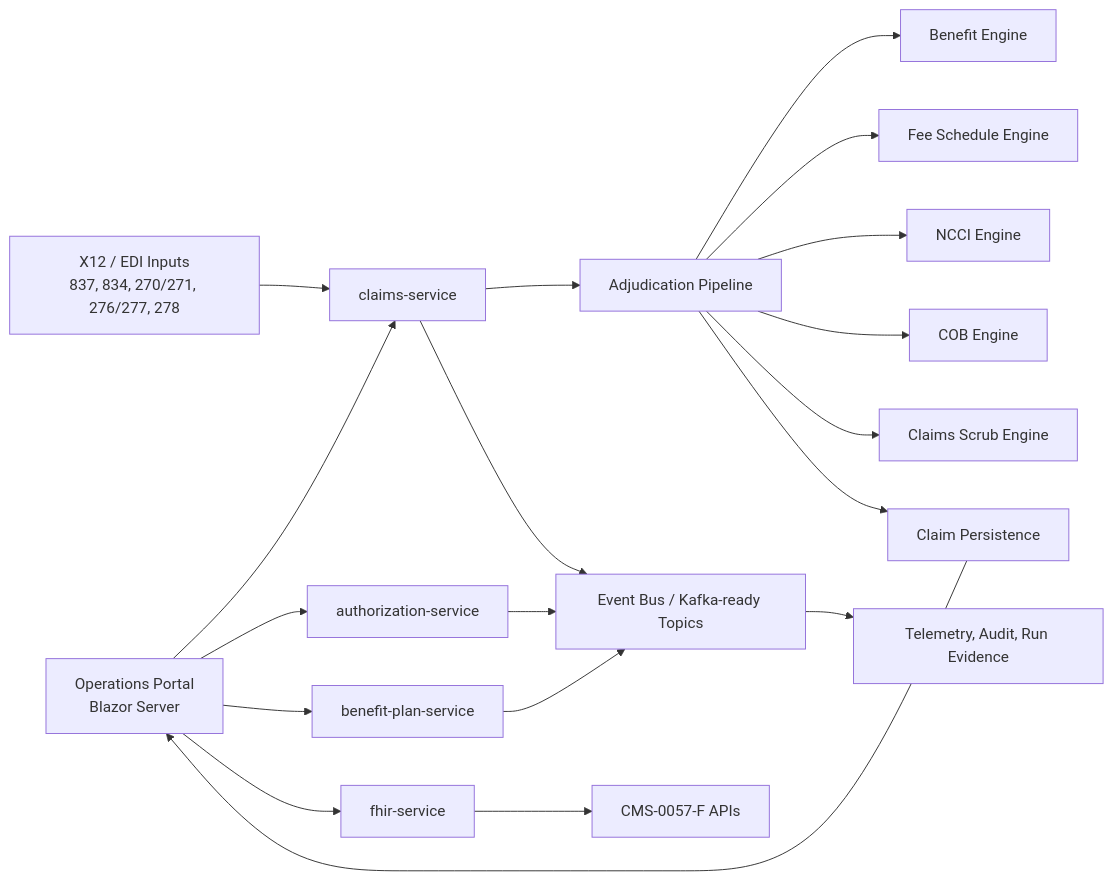
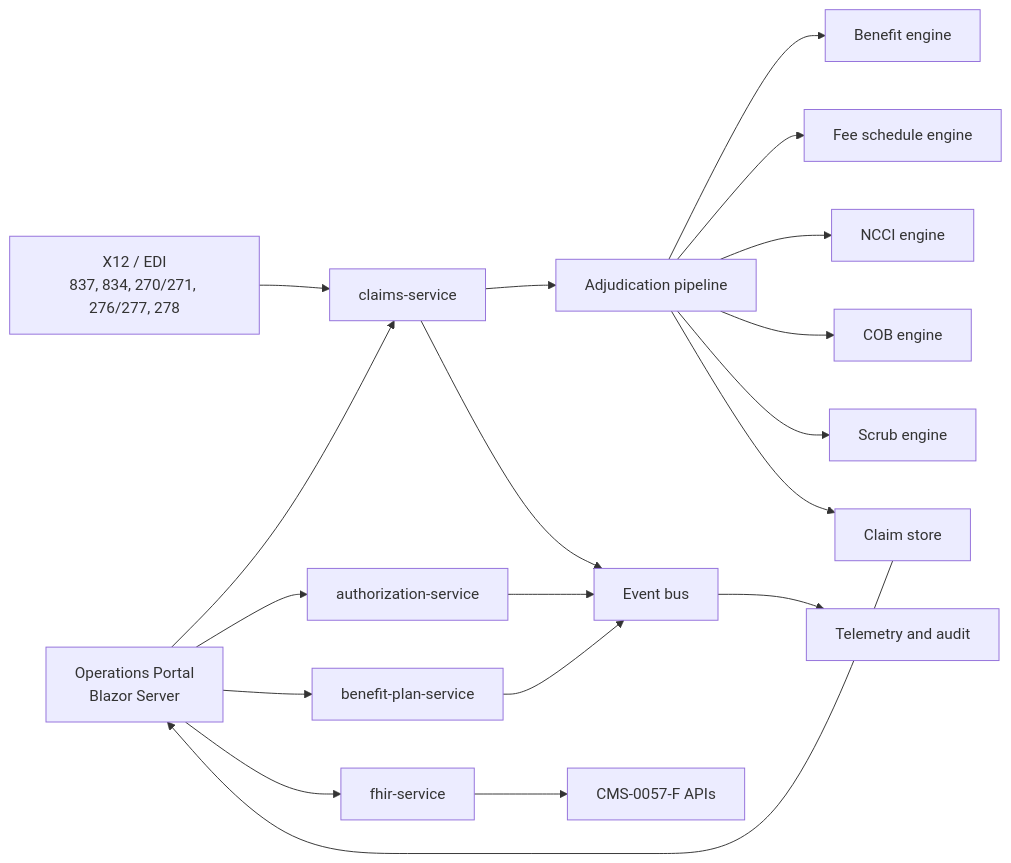
Before and after one commit to Dataryx/Healthcare-Interoperability-Transformation: the diagram in README.md, drawn with Mermaid. The commit also changed other lines of this file and 268 other files, not shown here.

````diff
--- a/README.md
+++ b/README.md
@@ -71,24 +51,24 @@
 ```mermaid
 flowchart LR
     Portal["Operations Portal\nBlazor Server"] --> Claims["claims-service"]
     Portal --> Authz["authorization-service"]
     Portal --> Benefits["benefit-plan-service"]
     Portal --> Fhir["fhir-service"]
 
-    X12["X12 / EDI Inputs\n837, 834, 270/271, 276/277, 278"] --> Claims
-    Claims --> Pipeline["Adjudication Pipeline"]
-    Pipeline --> BenefitEngine["Benefit Engine"]
-    Pipeline --> FeeEngine["Fee Schedule Engine"]
-    Pipeline --> Ncci["NCCI Engine"]
-    Pipeline --> Cob["COB Engine"]
-    Pipeline --> Scrub["Claims Scrub Engine"]
-    Pipeline --> Persistence["Claim Persistence"]
+    X12["X12 / EDI\n837, 834, 270/271, 276/277, 278"] --> Claims
+    Claims --> Pipeline["Adjudication pipeline"]
+    Pipeline --> BenefitEngine["Benefit engine"]
+    Pipeline --> FeeEngine["Fee schedule engine"]
+    Pipeline --> Ncci["NCCI engine"]
+    Pipeline --> Cob["COB engine"]
+    Pipeline --> Scrub["Scrub engine"]
+    Pipeline --> Persistence["Claim store"]
 
-    Claims --> Events["Event Bus / Kafka-ready Topics"]
+    Claims --> Events["Event bus"]
     Authz --> Events
     Benefits --> Events
-    Events --> Observability["Telemetry, Audit, Run Evidence"]
+    Events --> Observability["Telemetry and audit"]
 
     Fhir --> Cms["CMS-0057-F APIs"]
     Persistence --> Portal
 ```
````
